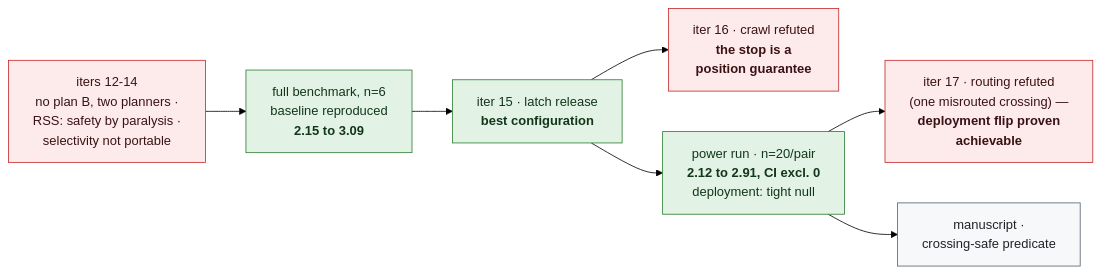
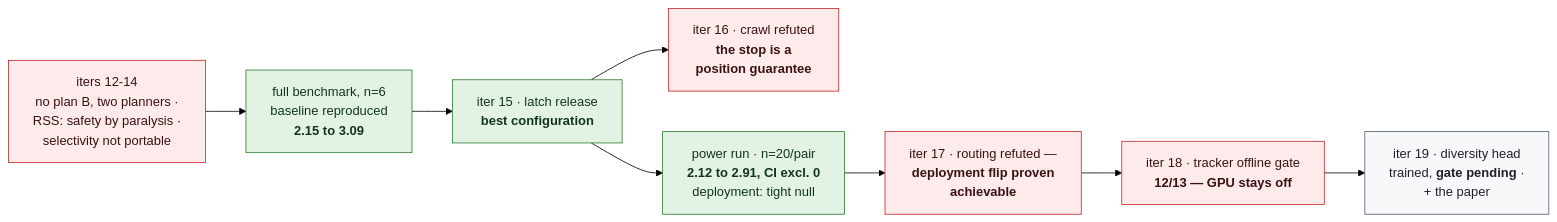
Before and after one commit to manfromnowhere143/sentinel: the second of 4 diagrams in README.md, drawn with Mermaid (forest theme). The commit also changed other lines of this file and 2 other files, not shown here.

Commit message:
readme through iterations 18-19 with the two-act arc extended; docs integrity guard added to CI (diagram budgets, link health, story completeness — it immediately caught three unlinked experiment directories)

````diff
--- a/README.md
+++ b/README.md
@@ -105,15 +105,16 @@
 ```mermaid
 flowchart LR
   N12["iters 12-14<br/>no plan B, two planners ·<br/>RSS: safety by paralysis ·<br/>selectivity not portable"] --> F14["full benchmark, n=6<br/>baseline reproduced<br/><b>2.15 to 3.09</b>"]
   F14 --> R15["iter 15 · latch release<br/><b>best configuration</b>"]
   R15 --> X16["iter 16 · crawl refuted<br/><b>the stop is a<br/>position guarantee</b>"]
   R15 --> P20["power run · n=20/pair<br/><b>2.12 to 2.91, CI excl. 0</b><br/>deployment: tight null"]
-  P20 --> X17["iter 17 · routing refuted<br/>(one misrouted crossing) —<br/><b>deployment flip proven<br/>achievable</b>"]
-  P20 --> NX["manuscript ·<br/>crossing-safe predicate"]
+  P20 --> X17["iter 17 · routing refuted —<br/><b>deployment flip proven<br/>achievable</b>"]
+  X17 --> X18["iter 18 · tracker offline gate<br/><b>12/13 — GPU stays off</b>"]
+  X18 --> H19["iter 19 · diversity head<br/>trained, <b>gate pending</b> ·<br/>+ the paper"]
   classDef win fill:#e2f3e5,stroke:#2e7d32,color:#13361b;
   classDef bad fill:#fdebec,stroke:#c62828,color:#3b1213;
   classDef next fill:#f6f8fa,stroke:#57606a,color:#1f2328;
   class F14,R15,P20 win;
-  class N12,X16,X17 bad;
-  class NX next;
+  class N12,X16,X17,X18 bad;
+  class H19 next;
 ```
````
